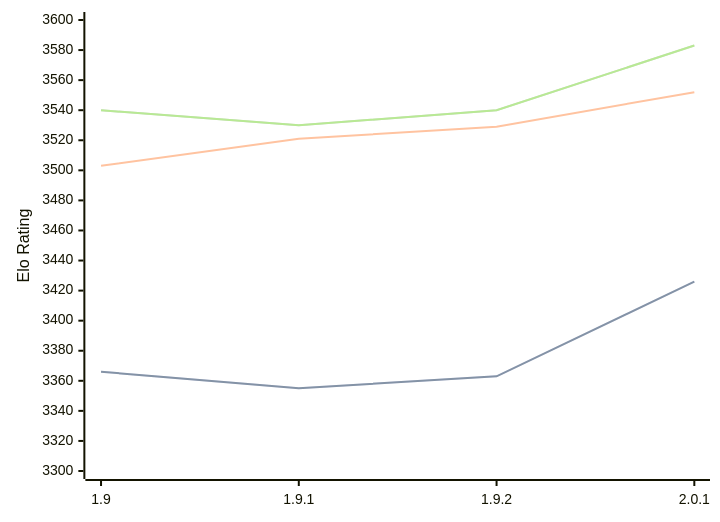
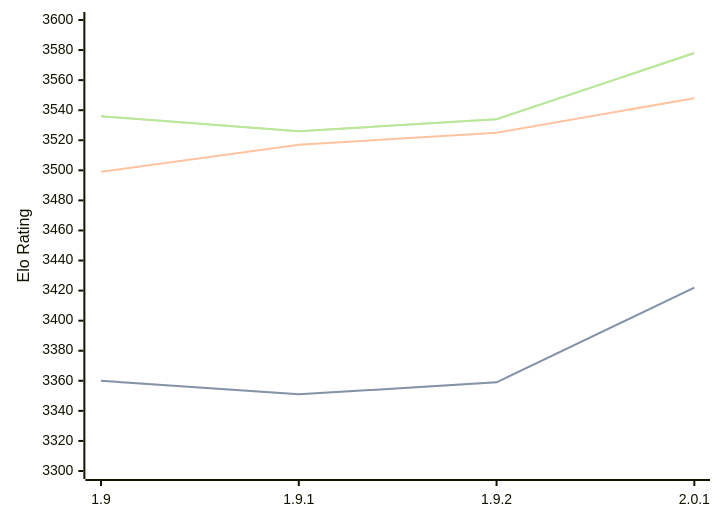
The first of 3 diagrams in engines/Pawnocchio.md (computer-chess-index/cci), drawn with Mermaid before and after one commit. The commit also changed other lines of this file, not shown here.

Commit message:
Update CCI Ratings (ELO VLTC) - 2026-07-16

````diff
--- a/engines/Pawnocchio.md
+++ b/engines/Pawnocchio.md
@@ -50,11 +50,11 @@
 ```mermaid
 %%{init: {"theme":"base","themeVariables":{"seriesColors:['#a3a3a3','#222221','#faa371']}}}%%
 xychart-beta
   x-axis ["1.9", "1.9.1", "1.9.2", "2.0.1"]
   y-axis "Elo Rating" 3300 --> 3600
-  line "STC (8.0+0.08s)" [3366, 3355, 3363, 3426]
-  line "STC (8.0+0.08s)" [3366, 3355, 3363, 3426]
-  line "LTC (60.0+0.60s)" [3503, 3521, 3529, 3552]
-  line "VLTC (2m24s+1.12s)" [3540, 3530, 3540, 3583]
-  line "VLTC (2m24s+1.12s)" [3540, 3530, 3540, 3583]
+  line "STC (8.0+0.08s)" [3360, 3351, 3359, 3422]
+  line "STC (8.0+0.08s)" [3360, 3351, 3359, 3422]
+  line "LTC (60.0+0.60s)" [3499, 3517, 3525, 3548]
+  line "VLTC (2m24s+1.12s)" [3536, 3526, 3534, 3578]
+  line "VLTC (2m24s+1.12s)" [3536, 3526, 3534, 3578]
 ```
````
